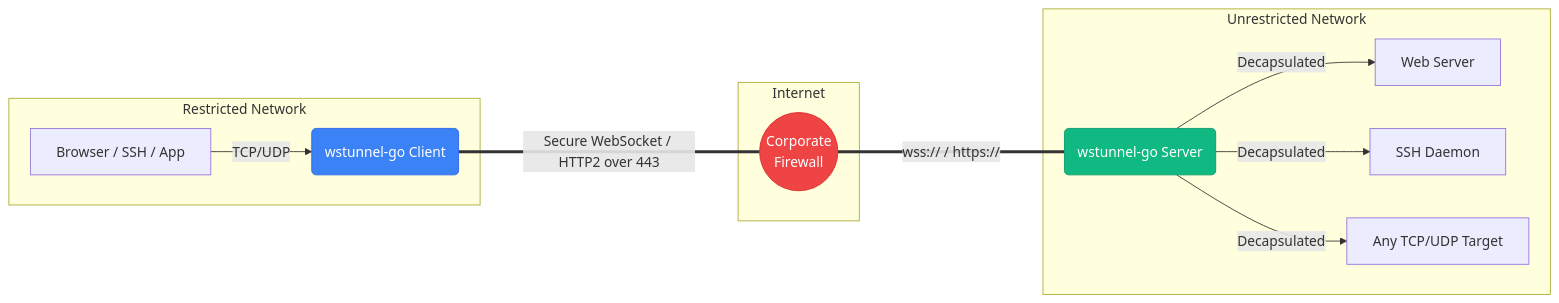
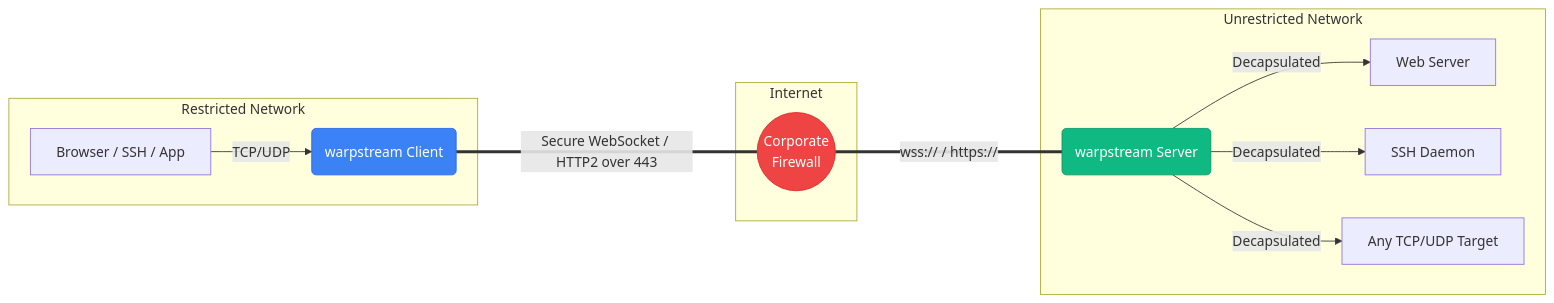
Before and after one commit to DsThakurRawat/WarpStream: the second of 2 diagrams in README.md, drawn with Mermaid. The commit also changed other lines of this file and 28 other files, not shown here.

````diff
--- a/README.md
+++ b/README.md
@@ -75,31 +75,31 @@
 ```mermaid
 flowchart LR
     subgraph Restricted Network
-        A[Browser / SSH / App] -->|TCP/UDP| B(wstunnel-go Client)
+        A[Browser / SSH / App] -->|TCP/UDP| B(warpstream Client)
     end
     
     subgraph Internet
         FW((Corporate<br/>Firewall))
     end
     
     subgraph Unrestricted Network
-        C(wstunnel-go Server)
+        C(warpstream Server)
         D[Web Server]
         E[SSH Daemon]
         F[Any TCP/UDP Target]
     end
 
     B ====|Secure WebSocket / HTTP2 over 443| FW
     FW ====|wss:// / https://| C
     
     C -->|Decapsulated| D
     C -->|Decapsulated| E
     C -->|Decapsulated| F
 
     classDef client fill:#3b82f6,color:#fff,stroke:#2563eb;
     classDef server fill:#10b981,color:#fff,stroke:#059669;
     classDef fw fill:#ef4444,color:#fff,stroke:#dc2626;
     class B client;
     class C server;
     class FW fw;
 ```
````
